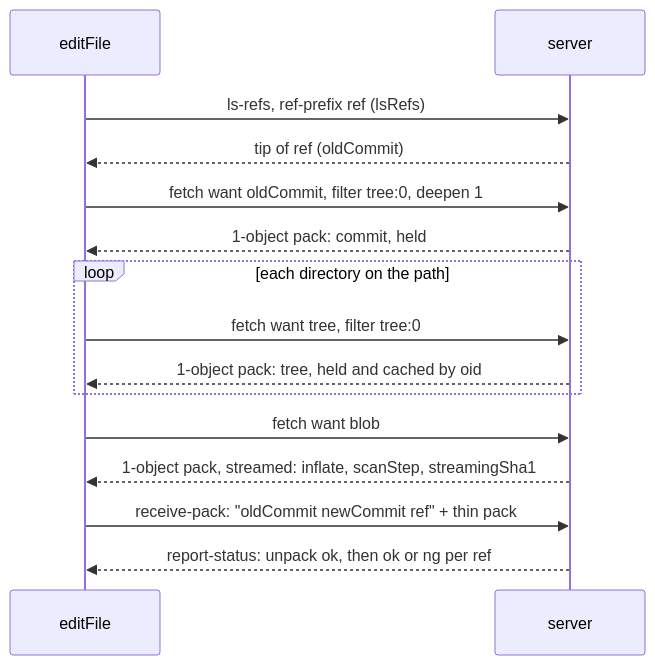
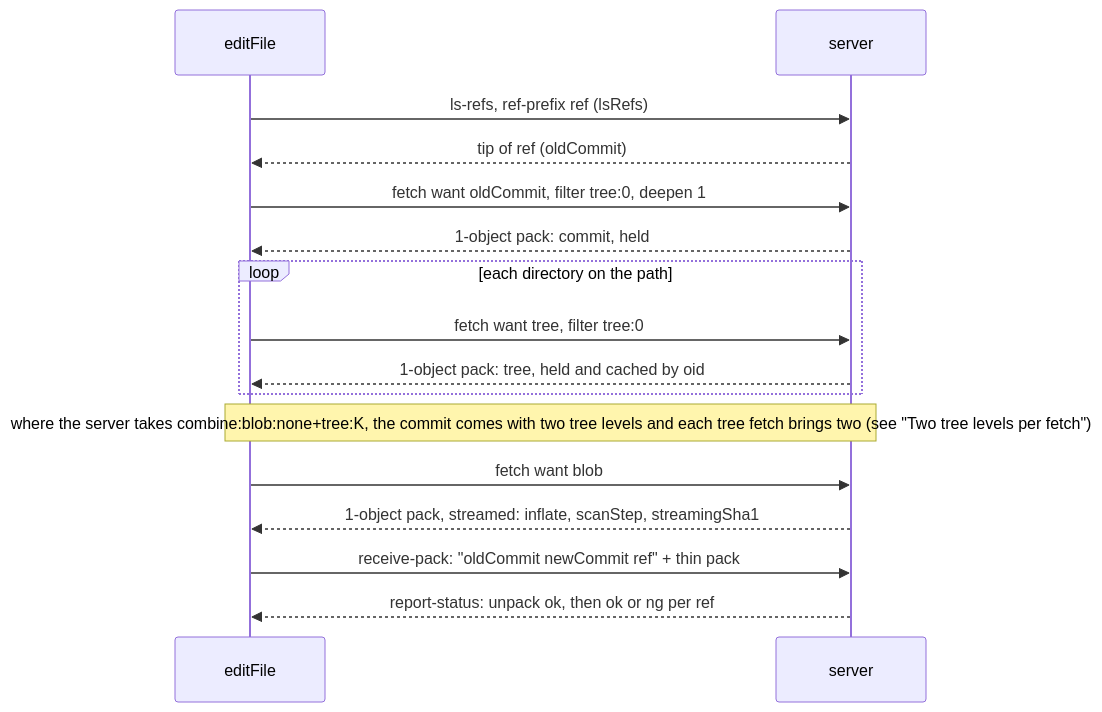
One commit to ivarvong/ply changed the diagram in docs/ARCHITECTURE.md. Above: the diagram before and after it, drawn with Mermaid. The commit also changed other lines of this file and 35 other files, not shown here.

````diff
--- a/docs/ARCHITECTURE.md
+++ b/docs/ARCHITECTURE.md
@@ -104,17 +150,18 @@
 ```mermaid
 sequenceDiagram
   participant P as editFile
   participant S as server
   P->>S: ls-refs, ref-prefix ref (lsRefs)
   S-->>P: tip of ref (oldCommit)
   P->>S: fetch want oldCommit, filter tree:0, deepen 1
   S-->>P: 1-object pack: commit, held
   loop each directory on the path
     P->>S: fetch want tree, filter tree:0
     S-->>P: 1-object pack: tree, held and cached by oid
   end
+  Note over P,S: where the server takes combine:blob:none+tree:K, the commit comes with two tree levels and each tree fetch brings two (see "Two tree levels per fetch")
   P->>S: fetch want blob
   S-->>P: 1-object pack, streamed: inflate, scanStep, streamingSha1
   P->>S: receive-pack: "oldCommit newCommit ref" + thin pack
   S-->>P: report-status: unpack ok, then ok or ng per ref
 ```
````
